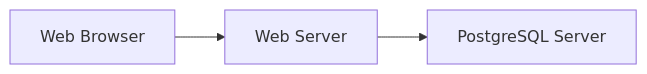
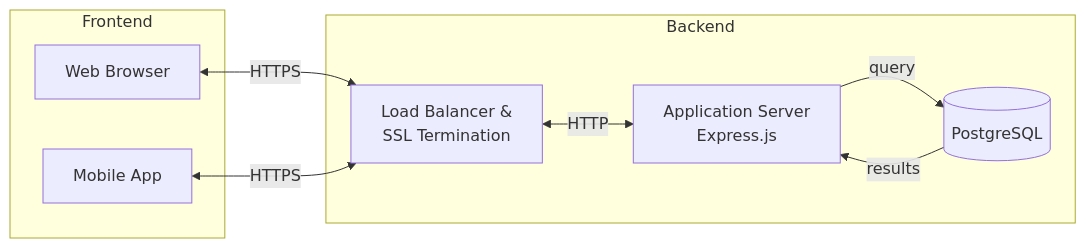
Before and after one commit to Capstone-Projects-2023-Spring/project-tool-shed: the diagram in documentation/docs/requirements/system-block-diagram.md, drawn with Mermaid.

````diff
--- a/documentation/docs/requirements/system-block-diagram.md
+++ b/documentation/docs/requirements/system-block-diagram.md
@@ -7,5 +7,12 @@
 ```mermaid
 graph LR
-  A[Web Browser] --> B[Web Server]
-  B --> C[PostgreSQL Server]
+  subgraph backend [Backend]
+  B[Load Balancer &\nSSL Termination] <-->|HTTP| C[Application Server\nExpress.js]
+  C -->|query| D[(PostgreSQL)]
+  D -->|results| C
+  end
+  subgraph frontend [Frontend]
+  A[Web Browser] <-->|HTTPS| B
+  E[Mobile App] <-->|HTTPS| B
+  end
 ```
````
